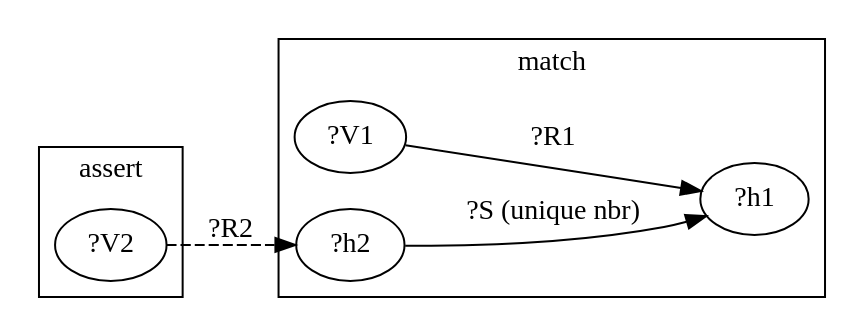
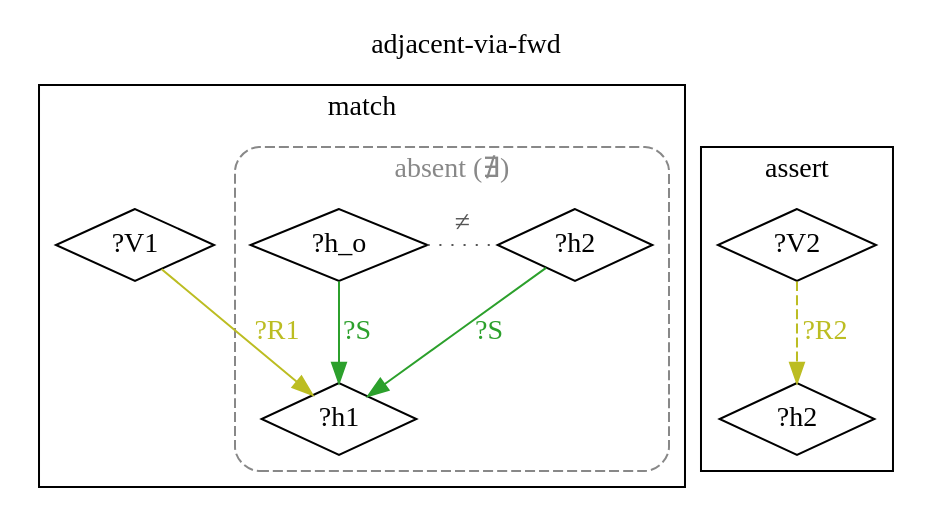
Before and after one commit to agutikov/ein: the fifth of 6 diagrams in docs/ein/user/02-guide/03-rule-families.md, drawn with Graphviz. The commit also changed other lines of this file and 8 other files, not shown here.

````diff
--- a/docs/ein/user/02-guide/03-rule-families.md
+++ b/docs/ein/user/02-guide/03-rule-families.md
@@ -145,9 +177,24 @@
 ```dot
-digraph { rankdir=LR;
-  subgraph cluster_m { label="match";
-    "?V1" -> "?h1" [label="?R1"];
-    "?h2" -> "?h1" [label="?S (unique nbr)"]; }
-  subgraph cluster_a { label="assert";
-    "?V2" -> "?h2" [label="?R2", style=dashed]; }
+digraph rule_adjacent_via_fwd_lhs_rhs {
+  rankdir=TB;
+  label="adjacent-via-fwd"; labelloc=t;
+  subgraph cluster_lhs { label="match";
+    "?V1_L" [label="?V1", shape=diamond];
+    "?h1_L" [label="?h1", shape=diamond];
+    "?h2_L" [label="?h2", shape=diamond];
+    "?V1_L" -> "?h1_L" [label="?R1", color="#bcbd22", fontcolor="#bcbd22"];
+    "?h2_L" -> "?h1_L" [label="?S", color="#2ca02c", fontcolor="#2ca02c"];
+    subgraph cluster_absent_L_0 {
+      label="absent (∄)"; style="dashed,rounded"; color="#888888"; fontcolor="#888888";
+      "?h_o_L" [label="?h_o", shape=diamond];
+      "?h_o_L" -> "?h1_L" [label="?S", color="#2ca02c", fontcolor="#2ca02c"];
+      "?h_o_L" -> "?h2_L" [label="≠", dir=none, style=dotted, color="#555555", fontcolor="#555555", constraint=false];
+    }
+  }
+  subgraph cluster_rhs { label="assert";
+    "?V2_R" [label="?V2", shape=diamond];
+    "?h2_R" [label="?h2", shape=diamond];
+    "?V2_R" -> "?h2_R" [label="?R2", color="#bcbd22", fontcolor="#bcbd22", style=dashed];
+  }
 }
 ```
````
